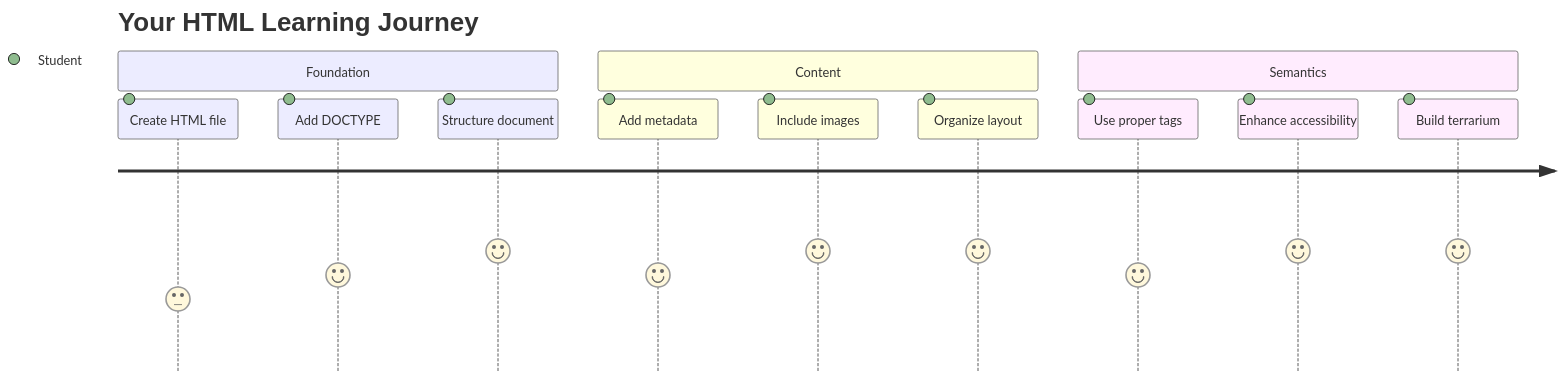
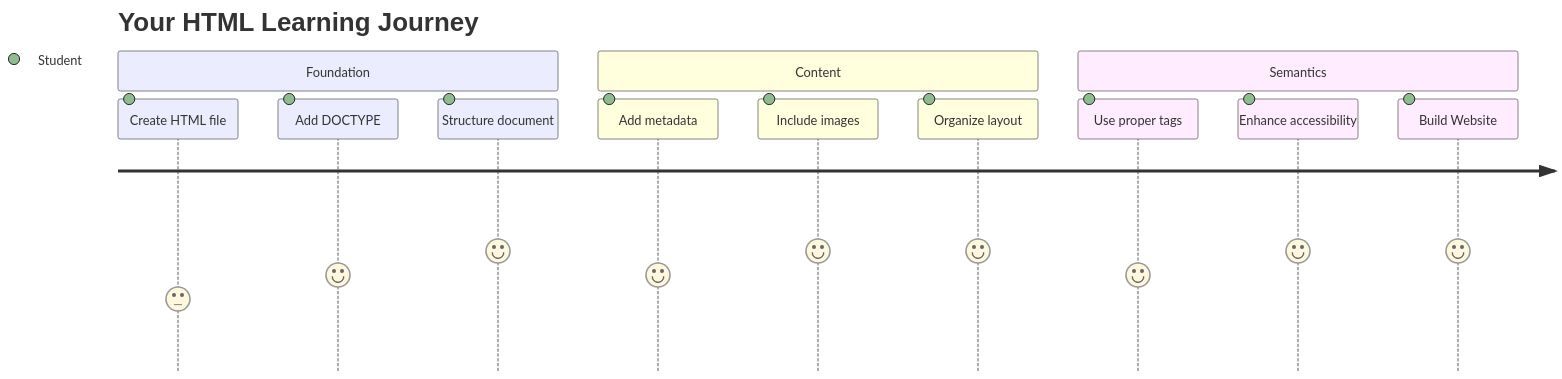
One commit to qho431-web/QHO431-Web-Technologies changed the first of 6 diagrams in README.md. Above: the diagram before and after it, drawn with Mermaid. The commit also changed other lines of this file, not shown here.

````diff
--- a/README.md
+++ b/README.md
@@ -3,16 +3,16 @@
 ```mermaid
 journey
     title Your HTML Learning Journey
     section Foundation
       Create HTML file: 3: Student
       Add DOCTYPE: 4: Student
       Structure document: 5: Student
     section Content
       Add metadata: 4: Student
       Include images: 5: Student
       Organize layout: 5: Student
     section Semantics
       Use proper tags: 4: Student
       Enhance accessibility: 5: Student
-      Build terrarium: 5: Student
+      Build Website: 5: Student
 ```
````
